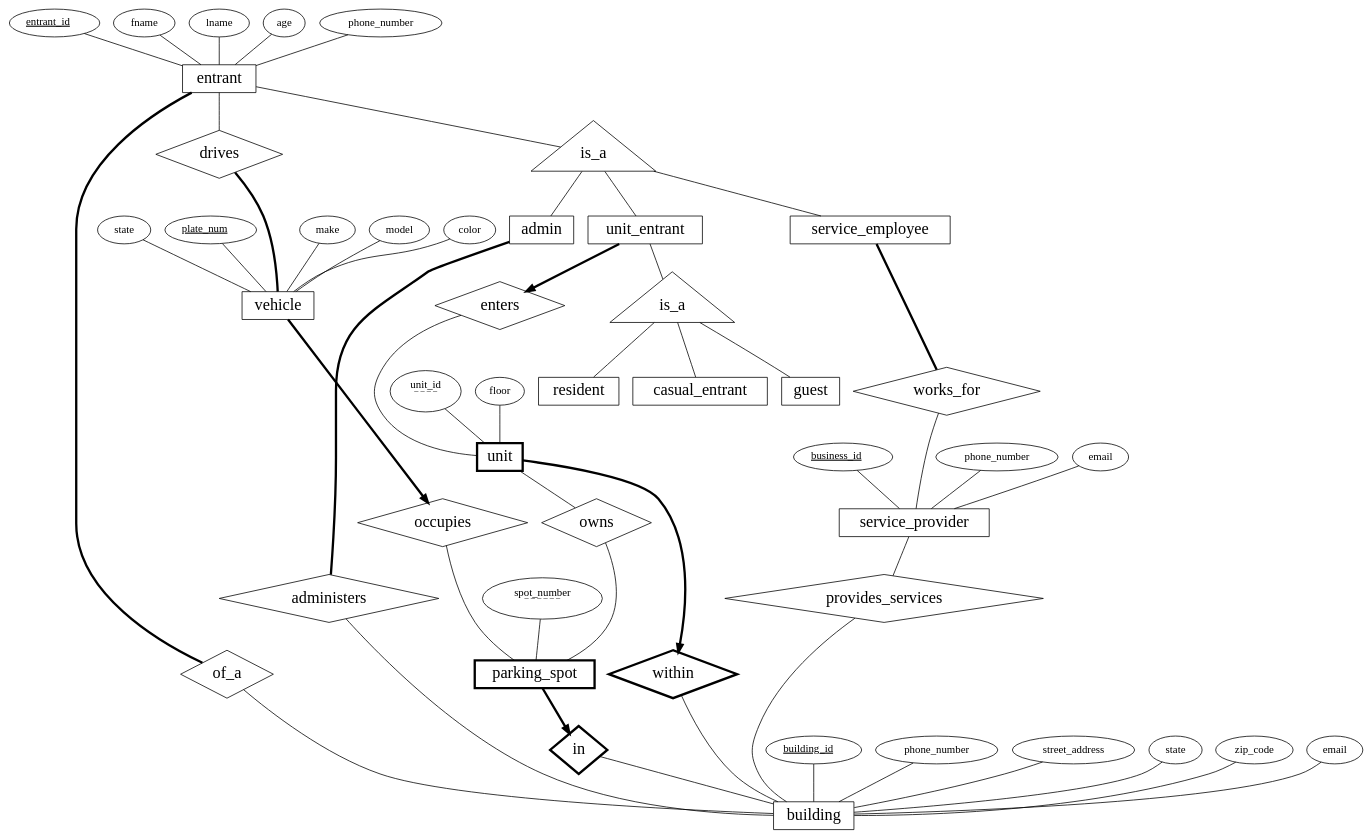
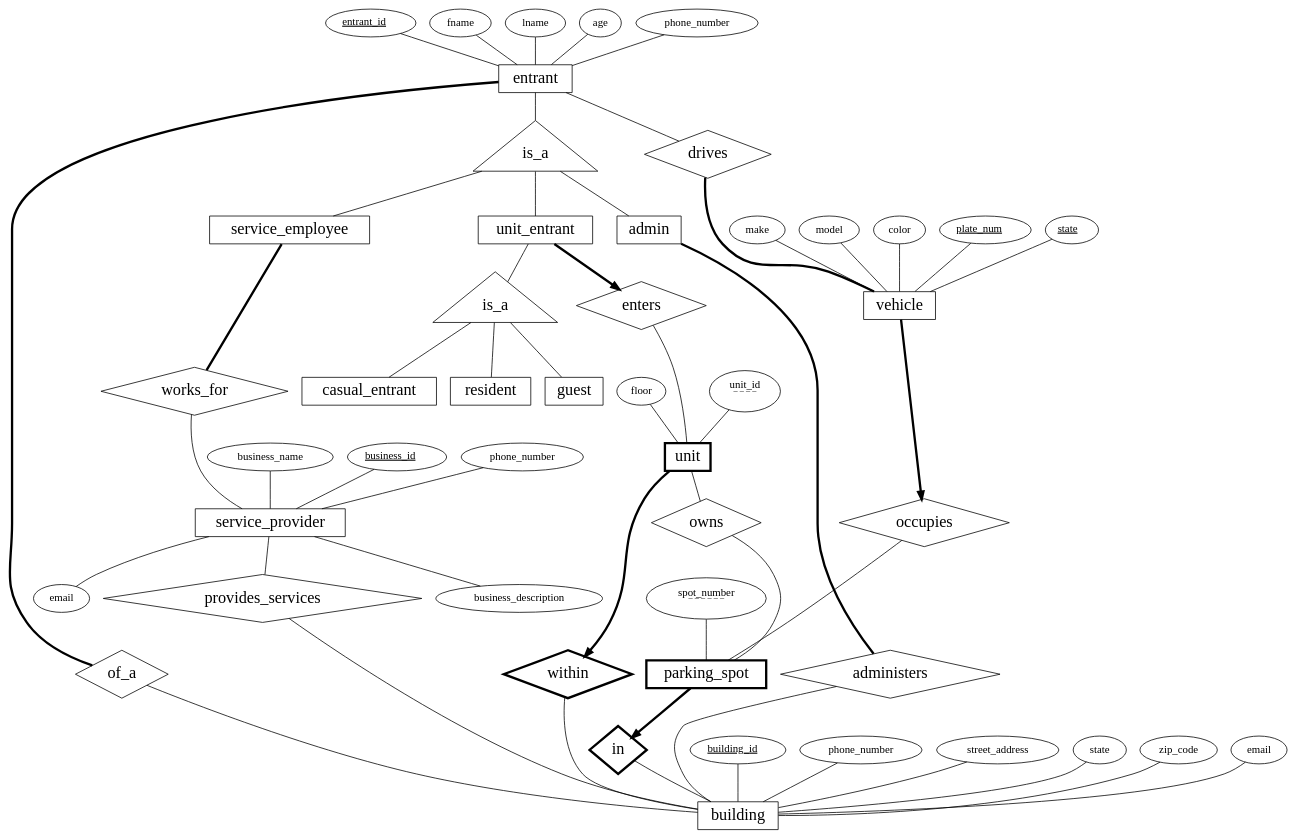
One commit to mgouzenko/-bms changed the diagram in er_diagram/er.dot. Above: the diagram before and after it, drawn with Graphviz. The commit also changed 1 other file, not shown here.

```diff
--- a/er_diagram/er.dot
+++ b/er_diagram/er.dot
@@ -1,109 +1,112 @@
 digraph ERDiagram{
 	{
 		node[fontsize=21]
 		{
 			node[shape=diamond]
 			owns
 			works_for
 			drives
 			occupies
 			of_a
 			enters
 			{
 				node[penwidth=3]
 				within
 				in
 			}
 			administers
 			provides_services
 		}
 
 		{
 			node[shape=rectangle]
 			{
 				node[penwidth=3]
 				unit
 				parking_spot
 			}
 			unit_entrant
 			building
 			admin
 			entrant
 			vehicle
 			service_provider
 			service_employee
 			guest
 			casual_entrant
 			resident
 		}
 
 		{
 			node[shape=triangle]
 			{node[label=is_a] is_a1}
 			{node[label=is_a] is_a2}
 		}
 	}
 
 
 	{
 		edge[arrowtail=none, arrowhead=none]
 		{node[label=<<u>entrant_id</u>>]entrant_id}->entrant
 		fname->entrant
 		lname->entrant
 		age->entrant
-		state->vehicle
+		{node[label=<<u>state</u>>]state}->vehicle
 		make->vehicle
 		model->vehicle
 		color->vehicle
 		{node[label=<<u>plate_num</u>>]plate_num}->vehicle
 		{node[label="spot_number\n‾ ‾ ‾ ‾ ‾ ‾"] spot_number}->parking_spot
 		{node[label="unit_id\n‾ ‾ ‾ ‾"]unit_id}->unit
 		floor->unit
 		{node[label=<<u>building_id</u>>]building_id}->building
 		{node[label=phone_number] phone_number}->building
 		street_address->building
 		{node[label=state]state2}->building
 		zip_code->building
 		{node[label=email] email2}->building
+		business_name->service_provider
+		service_provider->business_description
 		{node[label=<<u>business_id</u>>]business_id}->service_provider
 		{node[label=phone_number] phone_number2}->service_provider
-		email->service_provider
+		service_provider->email
+
 		{node[label=phone_number] phone_number3}->entrant
 		entrant->drives
 		entrant->is_a1->{rank=same; admin, unit_entrant, service_employee}
 		unit_entrant->is_a2->{rank=same; guest, casual_entrant, resident}
 		enters->unit
 		unit->owns->parking_spot
 		within->building
 		administers->building
 		service_provider->provides_services->building
 		works_for->service_provider
 		of_a->building
 		in->building
 		occupies->parking_spot
 	}
 
 	{
 		edge[penwidth=3]
 		parking_spot->in
 		unit->within
 		unit_entrant->enters
 		vehicle->occupies
 		{
 			edge[arrowhead=none]
 			entrant->of_a
 			admin->administers
 			service_employee->works_for
 			drives->vehicle
 		}
 	}
 
 	{
 		edge[style=invis]
 		drives->state
 		works_for->business_id
 		guest->business_id
 		enters->floor
 		owns->spot_number
 	}
 }
```
